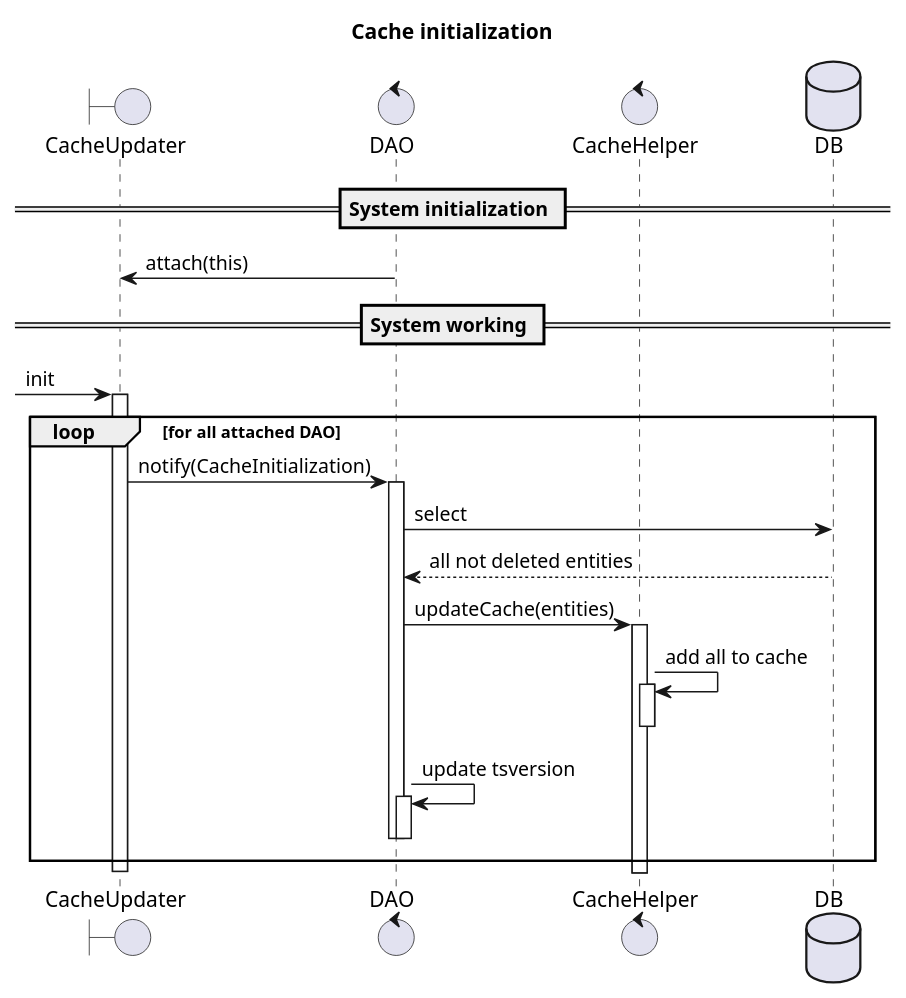
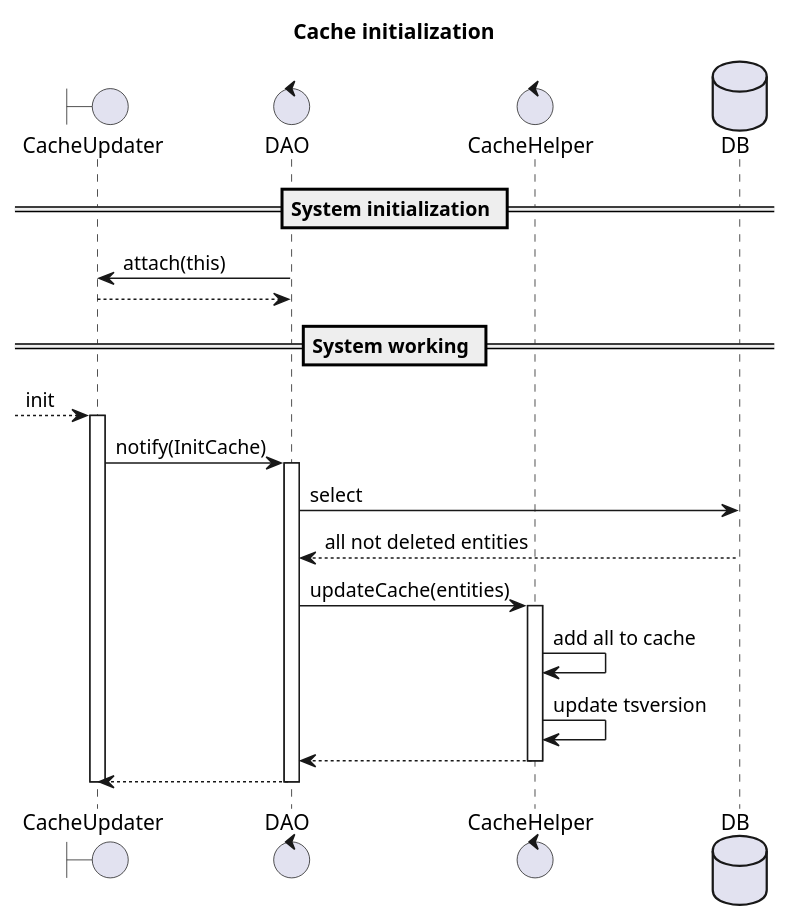
The diagram in diagrams/cache/initialization.puml (bwsw/simple-rtb-exchange), drawn with PlantUML before and after one commit. The commit also changed 3 other files, not shown here.

```diff
--- a/diagrams/cache/initialization.puml
+++ b/diagrams/cache/initialization.puml
@@ -1,41 +1,34 @@
 @startuml
 
 title: Cache initialization
 
 boundary CacheUpdater
 control DAO
 control CacheHelper
 database DB
 
 == System initialization ==
 
 DAO -> CacheUpdater: attach(this)
+DAO <-- CacheUpdater
 
 == System working ==
 
-[-> CacheUpdater: init
+[--> CacheUpdater: init
+
 activate CacheUpdater
-
-loop for all attached DAO
-    CacheUpdater -> DAO: notify(CacheInitialization)
+    CacheUpdater -> DAO: notify(InitCache)
     activate DAO
-    DAO -> DB: select
-    DAO <-- DB: all not deleted entities
-    DAO -> CacheHelper: updateCache(entities)
-    activate CacheHelper
-
-    CacheHelper -> CacheHelper: add all to cache
-    activate CacheHelper
-    deactivate CacheHelper
-
-    DAO -> DAO: update tsversion
-    activate DAO
+        DAO -> DB: select
+        DAO <-- DB: all not deleted entities
+        DAO -> CacheHelper: updateCache(entities)
+        activate CacheHelper
+            CacheHelper -> CacheHelper: add all to cache
+            CacheHelper -> CacheHelper: update tsversion
+            CacheHelper --> DAO
+        deactivate CacheHelper
+        DAO --> CacheUpdater
     deactivate DAO
-    deactivate DAO
-
-end
-
 deactivate CacheUpdater
 
-
 @enduml
```
